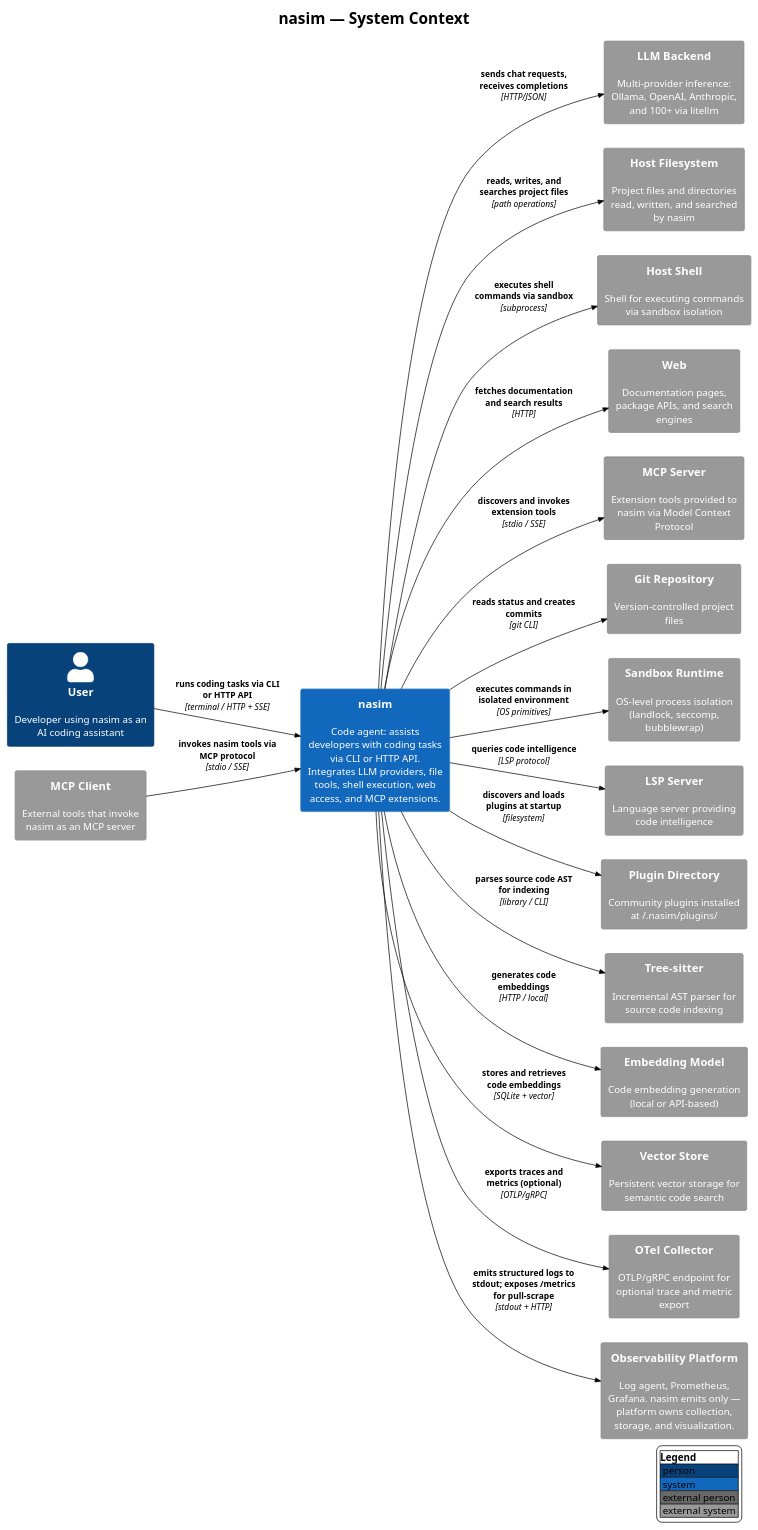
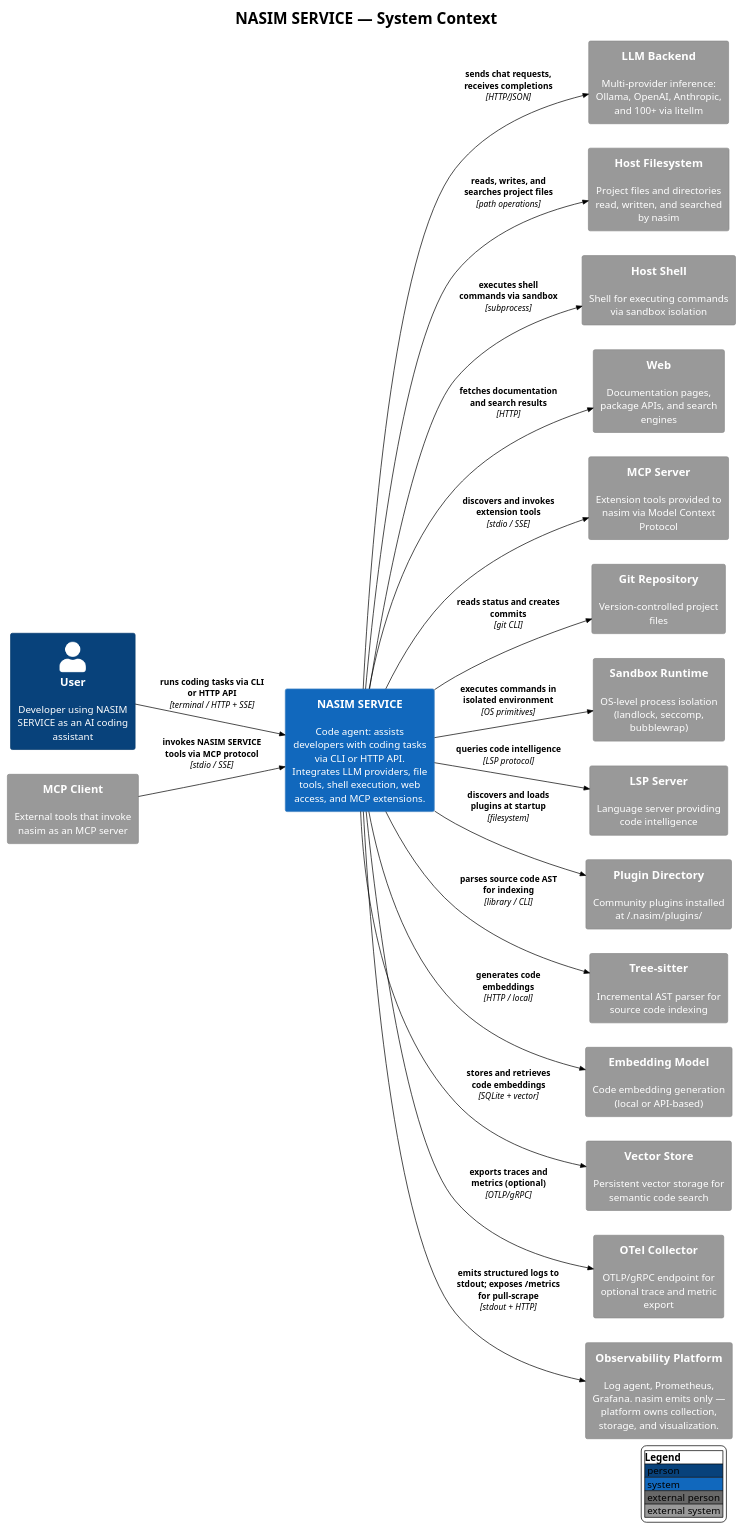
The diagram in docs/C4/c4_nasim_context.puml (salimnamvar/nasim), drawn with PlantUML before and after one commit. The commit also changed 29 other files, not shown here.

First line of the commit message:
fix: Fix casing for CLI references and improve documentation consistency

```diff
--- a/docs/C4/c4_nasim_context.puml
+++ b/docs/C4/c4_nasim_context.puml
@@ -1,58 +1,58 @@
 @startuml c4_nasim_context
 !include https://raw.githubusercontent.com/plantuml-stdlib/C4-PlantUML/v2.10.0/C4_Context.puml
 !theme plain
 
 ' ============================================================
-' Title:     nasim — System Context
-' Boundary:  nasim code agent
-' Purpose:   Show nasim as a code-agent system with one User actor
+' Title:     NASIM SERVICE — System Context
+' Boundary:  NASIM SERVICE
+' Purpose:   Show NASIM SERVICE as a code-agent system with one User actor
 '            and all external systems it depends on or is consumed by.
 ' Milestone: v1.0
 ' Version:   9.0.0
 ' Source:    docs/entities.md
 ' Review:    —
 ' ============================================================
 
 LAYOUT_LEFT_RIGHT()
 LAYOUT_WITH_LEGEND()
 
-title nasim — System Context
+title NASIM SERVICE — System Context
 
-Person(user, "User", "Developer using nasim as an AI coding assistant")
+Person(user, "User", "Developer using NASIM SERVICE as an AI coding assistant")
 
-System(nasim, "nasim", "Code agent: assists developers with coding tasks via CLI or HTTP API. Integrates LLM providers, file tools, shell execution, web access, and MCP extensions.")
+System(nasim_service, "NASIM SERVICE", "Code agent: assists developers with coding tasks via CLI or HTTP API. Integrates LLM providers, file tools, shell execution, web access, and MCP extensions.")
 
 System_Ext(llm_backend, "LLM Backend", "Multi-provider inference: Ollama, OpenAI, Anthropic, and 100+ via litellm")
 System_Ext(host_fs, "Host Filesystem", "Project files and directories read, written, and searched by nasim")
 System_Ext(host_shell, "Host Shell", "Shell for executing commands via sandbox isolation")
 System_Ext(web, "Web", "Documentation pages, package APIs, and search engines")
 System_Ext(mcp_server, "MCP Server", "Extension tools provided to nasim via Model Context Protocol")
 System_Ext(mcp_client, "MCP Client", "External tools that invoke nasim as an MCP server")
 System_Ext(git_repo, "Git Repository", "Version-controlled project files")
 System_Ext(sandbox, "Sandbox Runtime", "OS-level process isolation (landlock, seccomp, bubblewrap)")
 System_Ext(lsp_server, "LSP Server", "Language server providing code intelligence")
 System_Ext(plugin_dir, "Plugin Directory", "Community plugins installed at ~/.nasim/plugins/")
 System_Ext(tree_sitter, "Tree-sitter", "Incremental AST parser for source code indexing")
 System_Ext(embedding_model, "Embedding Model", "Code embedding generation (local or API-based)")
 System_Ext(vector_store, "Vector Store", "Persistent vector storage for semantic code search")
 System_Ext(otel_collector, "OTel Collector", "OTLP/gRPC endpoint for optional trace and metric export")
 System_Ext(obs_platform, "Observability Platform", "Log agent, Prometheus, Grafana. nasim emits only — platform owns collection, storage, and visualization.")
 
-Rel(user, nasim, "runs coding tasks via CLI or HTTP API", "terminal / HTTP + SSE")
-Rel(nasim, llm_backend, "sends chat requests, receives completions", "HTTP/JSON")
-Rel(nasim, host_fs, "reads, writes, and searches project files", "path operations")
-Rel(nasim, host_shell, "executes shell commands via sandbox", "subprocess")
-Rel(nasim, web, "fetches documentation and search results", "HTTP")
-Rel(nasim, mcp_server, "discovers and invokes extension tools", "stdio / SSE")
-Rel(mcp_client, nasim, "invokes nasim tools via MCP protocol", "stdio / SSE")
-Rel(nasim, git_repo, "reads status and creates commits", "git CLI")
-Rel(nasim, sandbox, "executes commands in isolated environment", "OS primitives")
-Rel(nasim, lsp_server, "queries code intelligence", "LSP protocol")
-Rel(nasim, plugin_dir, "discovers and loads plugins at startup", "filesystem")
-Rel(nasim, tree_sitter, "parses source code AST for indexing", "library / CLI")
-Rel(nasim, embedding_model, "generates code embeddings", "HTTP / local")
-Rel(nasim, vector_store, "stores and retrieves code embeddings", "SQLite + vector")
-Rel(nasim, obs_platform, "emits structured logs to stdout; exposes /metrics for pull-scrape", "stdout + HTTP")
-Rel(nasim, otel_collector, "exports traces and metrics (optional)", "OTLP/gRPC")
+Rel(user, nasim_service, "runs coding tasks via CLI or HTTP API", "terminal / HTTP + SSE")
+Rel(nasim_service, llm_backend, "sends chat requests, receives completions", "HTTP/JSON")
+Rel(nasim_service, host_fs, "reads, writes, and searches project files", "path operations")
+Rel(nasim_service, host_shell, "executes shell commands via sandbox", "subprocess")
+Rel(nasim_service, web, "fetches documentation and search results", "HTTP")
+Rel(nasim_service, mcp_server, "discovers and invokes extension tools", "stdio / SSE")
+Rel(mcp_client, nasim_service, "invokes NASIM SERVICE tools via MCP protocol", "stdio / SSE")
+Rel(nasim_service, git_repo, "reads status and creates commits", "git CLI")
+Rel(nasim_service, sandbox, "executes commands in isolated environment", "OS primitives")
+Rel(nasim_service, lsp_server, "queries code intelligence", "LSP protocol")
+Rel(nasim_service, plugin_dir, "discovers and loads plugins at startup", "filesystem")
+Rel(nasim_service, tree_sitter, "parses source code AST for indexing", "library / CLI")
+Rel(nasim_service, embedding_model, "generates code embeddings", "HTTP / local")
+Rel(nasim_service, vector_store, "stores and retrieves code embeddings", "SQLite + vector")
+Rel(nasim_service, obs_platform, "emits structured logs to stdout; exposes /metrics for pull-scrape", "stdout + HTTP")
+Rel(nasim_service, otel_collector, "exports traces and metrics (optional)", "OTLP/gRPC")
 
 @enduml
```
